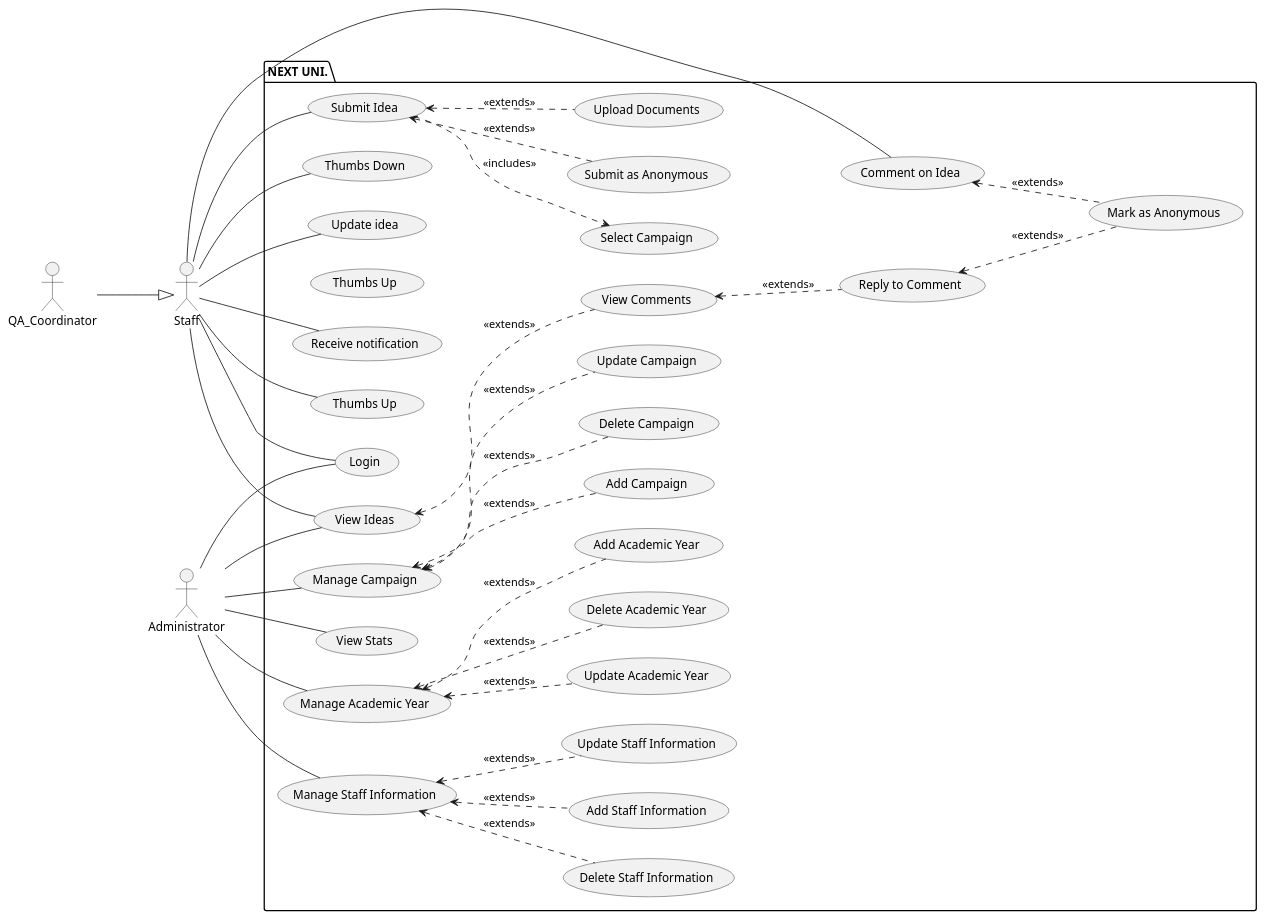
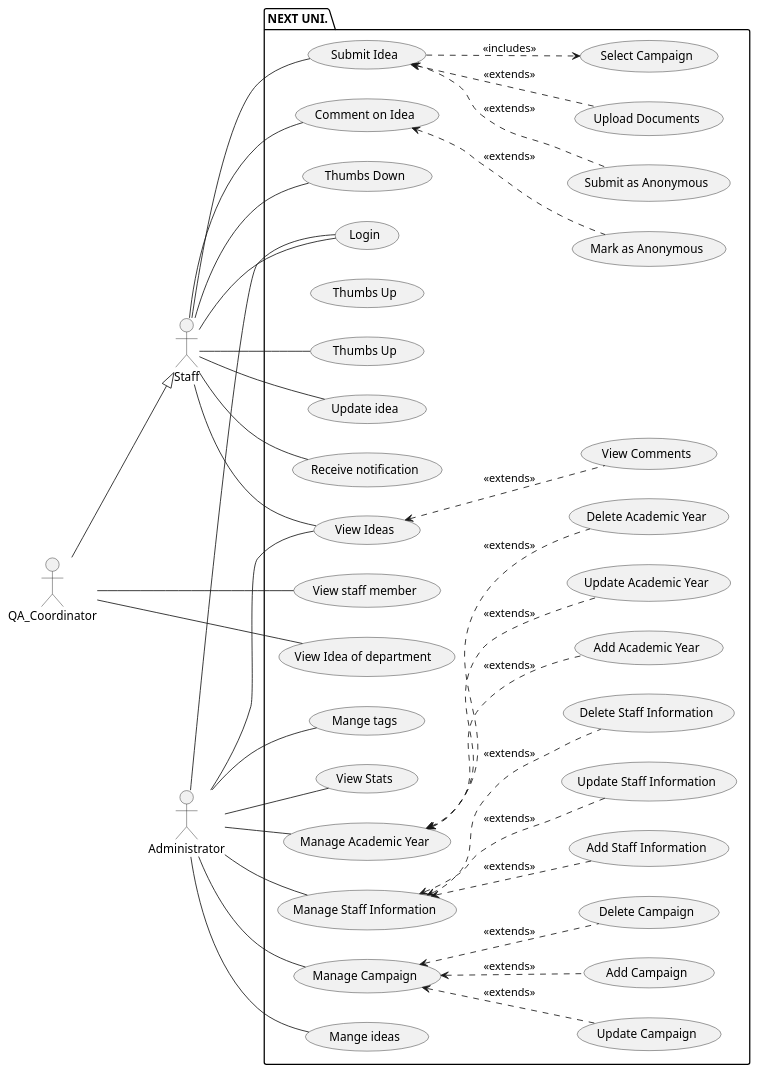
Before and after one commit to kwanmaccie20/website1640: the diagram in usecase.plantuml, drawn with PlantUML.

Commit message:
20230415153533.local.DT-KWAN  - []

```diff
--- a/usecase.plantuml
+++ b/usecase.plantuml
@@ -1,73 +1,81 @@
 @startuml
 left to right direction
 
 actor Staff
 actor QA_Coordinator
 actor Administrator
 
 package "NEXT UNI."{
 (Login) as UC1
 (View Ideas) as UC2
 (Submit Idea) as UC3 
 (Comment on Idea) as UC4
 (Thumbs Up)  as UC5
 (Thumbs Down) as UC6
 (Update idea) as UC7
 (Receive notification) as UC8
 (Manage Academic Year) as UC9
 (Manage Staff Information) as U10
 (Manage Campaign) as U11
 (Add Academic Year) as UC9_1
 (Update Academic Year) as UC9_2
 (Delete Academic Year) as UC9_3
 (Add Staff Information) as U10_1
 (Update Staff Information) as U10_2
 (Delete Staff Information) as U10_3
 (Update Campaign) as U11_2
 (Add Campaign)  as U11_1
 (Delete Campaign) as U11_3
 (View Comments) as UC2_1
-(Reply to Comment) as UC2_1_1
+' (Reply to Comment) as UC2_1_1
 (Mark as Anonymous) as UC2_1_1_1
 (Submit as Anonymous) as UC3_1
-
+(View staff member) as UC12 
+(View Idea of department ) as UC13 
+(Mange ideas) as UC14 
+(Mange tags) as UC15 
 
 Staff -- UC1
 Staff -- UC2
 Staff -- UC3
 Staff -- UC4
 Staff -- (Thumbs Up)
 Staff -- UC6
 Staff -- UC7
 Staff -- UC8
 Staff <|-up- QA_Coordinator
 
+QA_Coordinator -- UC12
+QA_Coordinator -- UC13
+
 Administrator -- UC2
 Administrator -- UC9
 Administrator -- UC1
 Administrator -- U10
 Administrator -- U11
 Administrator -- (View Stats)
+Administrator -- UC14
+Administrator -- UC15
 
 UC3 <.. (Upload Documents) : <<extends>>
 UC3 ..> (Select Campaign) : <<includes>>
 
 
 
 
 UC2 <.. UC2_1 : <<extends>>
-UC2_1 <.. UC2_1_1 : <<extends>>
+' UC2_1 <.. UC2_1_1 : <<extends>>
 UC4 <.. UC2_1_1_1 : <<extends>> 
-UC2_1_1 <.. UC2_1_1_1 : <<extends>> 
+' UC2_1_1 <.. UC2_1_1_1 : <<extends>> 
 UC9 <.. UC9_1 : <<extends>>
 UC9 <.. UC9_2 : <<extends>>
 UC9 <.. UC9_3 : <<extends>>
 U10 <.. U10_1 : <<extends>>
 U10 <.. U10_2 : <<extends>>
 U10 <.. U10_3 : <<extends>>
 U11 <.. U11_2 : <<extends>>
 U11 <.. U11_1 : <<extends>>
 U11 <.. U11_3 : <<extends>>
 UC3 <.. UC3_1 : <<extends>>
 }
 @enduml
```
